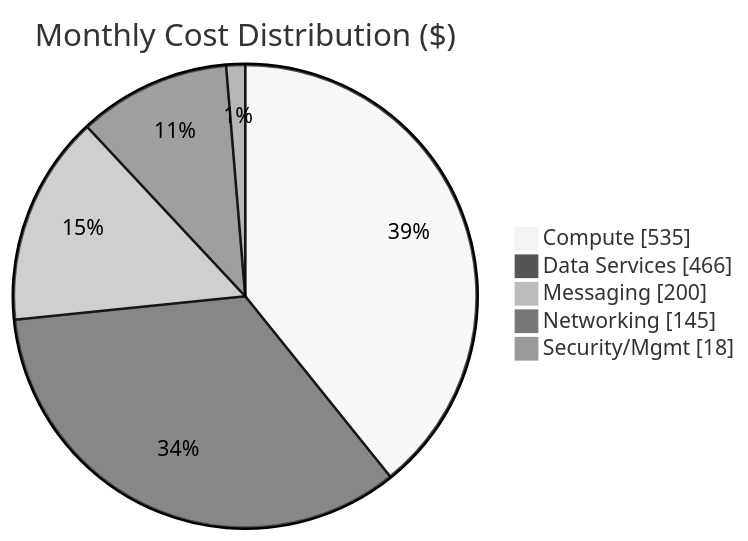
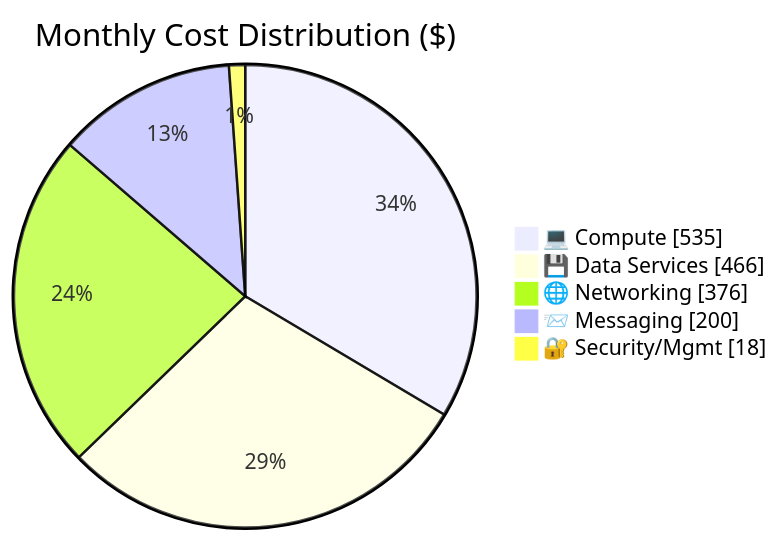
The diagram in docs/cost-estimates/ecommerce-cost-estimate.md (SmitaCnovate/azure-agentic-infraops), drawn with Mermaid before and after one commit. The commit also changed other lines of this file and 8 other files, not shown here.

````diff
--- a/docs/cost-estimates/ecommerce-cost-estimate.md
+++ b/docs/cost-estimates/ecommerce-cost-estimate.md
@@ -34,10 +86,10 @@
 ```mermaid
-%%{init: {'theme':'neutral'}}%%
+%%{init: {'theme':'base','themeVariables':{pie1:'#0078D4',pie2:'#107C10',pie3:'#5C2D91',pie4:'#D83B01',pie5:'#FFB900'}}}%%
 pie showData
     title Monthly Cost Distribution ($)
-    "Compute" : 535
-    "Data Services" : 466
-    "Messaging" : 200
-    "Networking" : 145
-    "Security/Mgmt" : 18
+    "💻 Compute" : 535
+    "💾 Data Services" : 466
+    "🌐 Networking" : 376
+    "📨 Messaging" : 200
+    "🔐 Security/Mgmt" : 18
 ```
````
